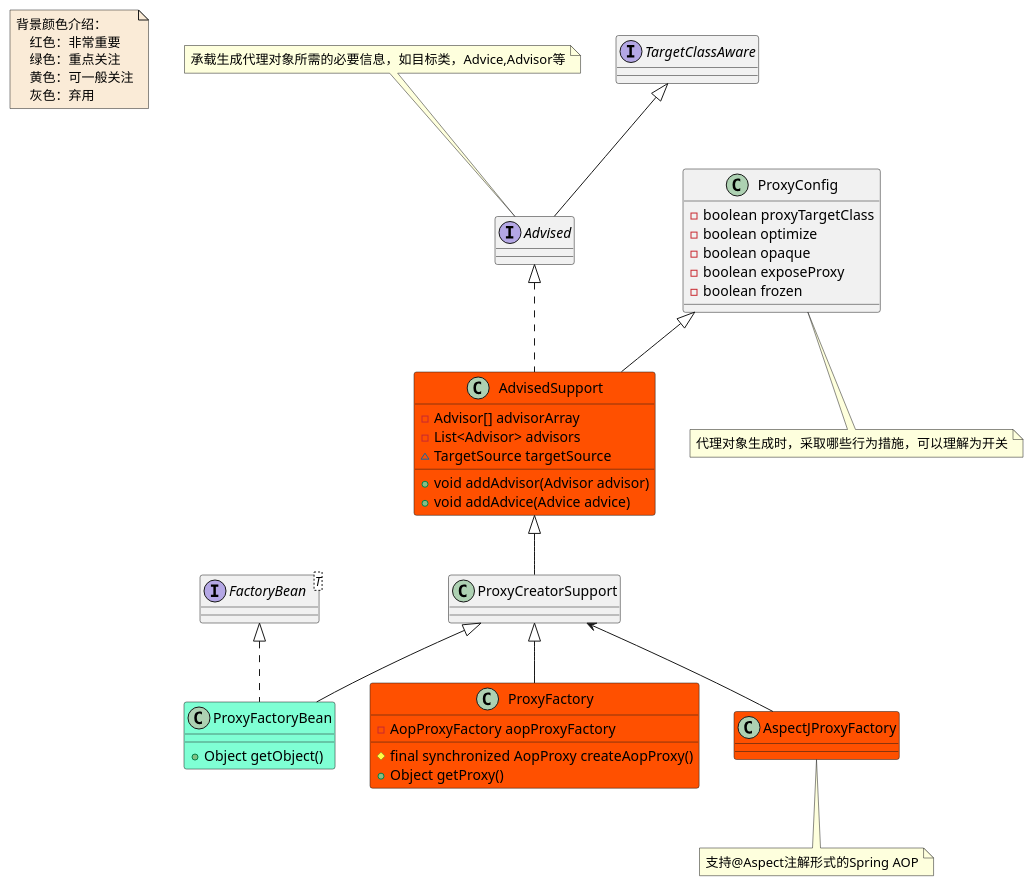
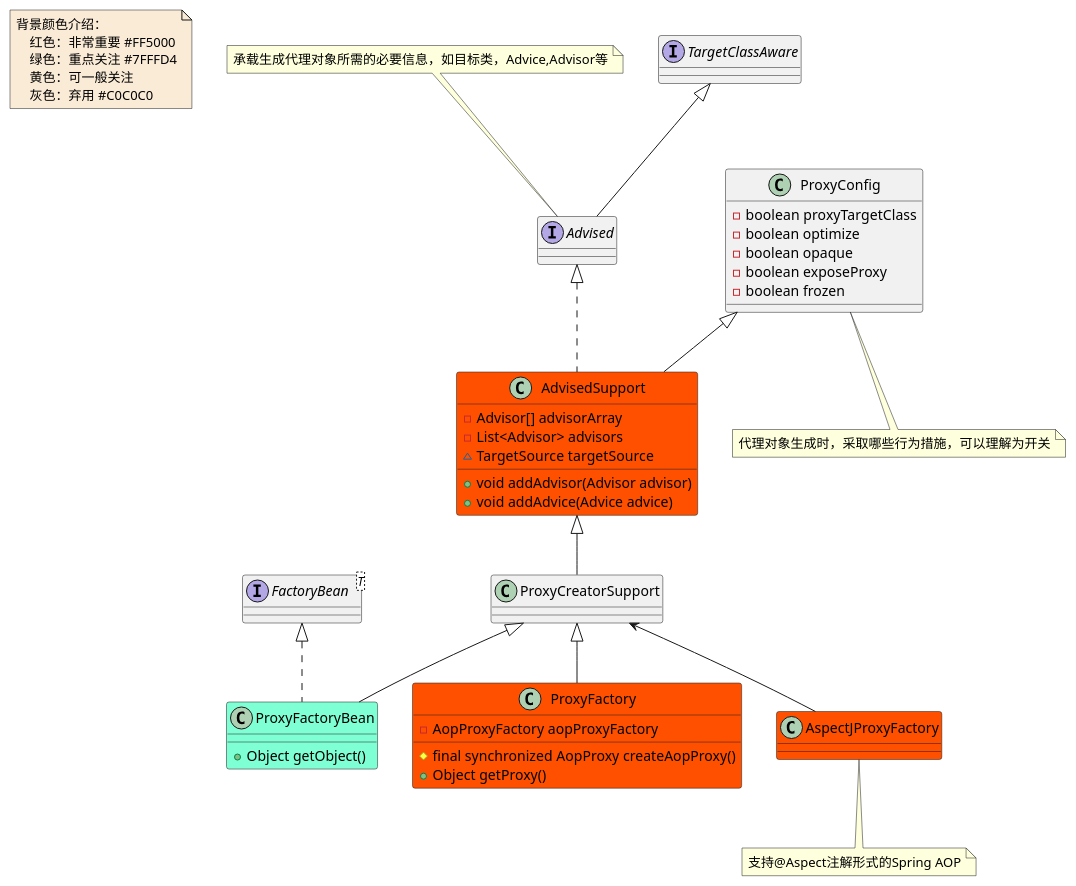
One commit to czwer/learn-spring-code changed the diagram in document/spring/base/class/AOP-AdvisedSupport-class.puml. Above: the diagram before and after it, drawn with PlantUML. The commit also changed 66 other files, not shown here.

```diff
--- a/document/spring/base/class/AOP-AdvisedSupport-class.puml
+++ b/document/spring/base/class/AOP-AdvisedSupport-class.puml
@@ -1,59 +1,59 @@
 @startuml
 
 note  as N1 #FAEBD7
     背景颜色介绍：
-        红色：非常重要
-        绿色：重点关注
+        红色：非常重要 #FF5000
+        绿色：重点关注 #7FFFD4
         黄色：可一般关注
-        灰色：弃用
+        灰色：弃用 #C0C0C0
 end note
 
 
 class AdvisedSupport #FF5000
 AdvisedSupport : -Advisor[] advisorArray
 AdvisedSupport : -List<Advisor> advisors
 AdvisedSupport : ~TargetSource targetSource
 AdvisedSupport : +void addAdvisor(Advisor advisor)
 AdvisedSupport : +void addAdvice(Advice advice)
 interface Advised
 note top : 承载生成代理对象所需的必要信息，如目标类，Advice,Advisor等
 class ProxyCreatorSupport
 class ProxyConfig
 ProxyConfig : -boolean proxyTargetClass
 ProxyConfig : -boolean optimize
 ProxyConfig : -boolean opaque
 ProxyConfig : -boolean exposeProxy
 ProxyConfig : -boolean frozen
 note bottom : 代理对象生成时，采取哪些行为措施，可以理解为开关
 class ProxyFactory  #FF5000
 ProxyFactory : -AopProxyFactory aopProxyFactory
 ProxyFactory : #final synchronized AopProxy createAopProxy()
 ProxyFactory : +Object getProxy()
 class AspectJProxyFactory  #FF5000
 note bottom : 支持@Aspect注解形式的Spring AOP
 class ProxyFactoryBean #7FFFD4
 ProxyFactoryBean : +Object getObject()
 interface TargetClassAware
 
 
 interface FactoryBean<T>
 
 
 Advised <|.. AdvisedSupport
 
 AdvisedSupport <|-- ProxyCreatorSupport
 
 
 FactoryBean <|.. ProxyFactoryBean
 
 
 
 ProxyConfig <|-- AdvisedSupport
 
 ProxyCreatorSupport <-- AspectJProxyFactory
 ProxyCreatorSupport <|-- ProxyFactory
 ProxyCreatorSupport <|-- ProxyFactoryBean
 
 TargetClassAware <|-- Advised
 
 @enduml
```
